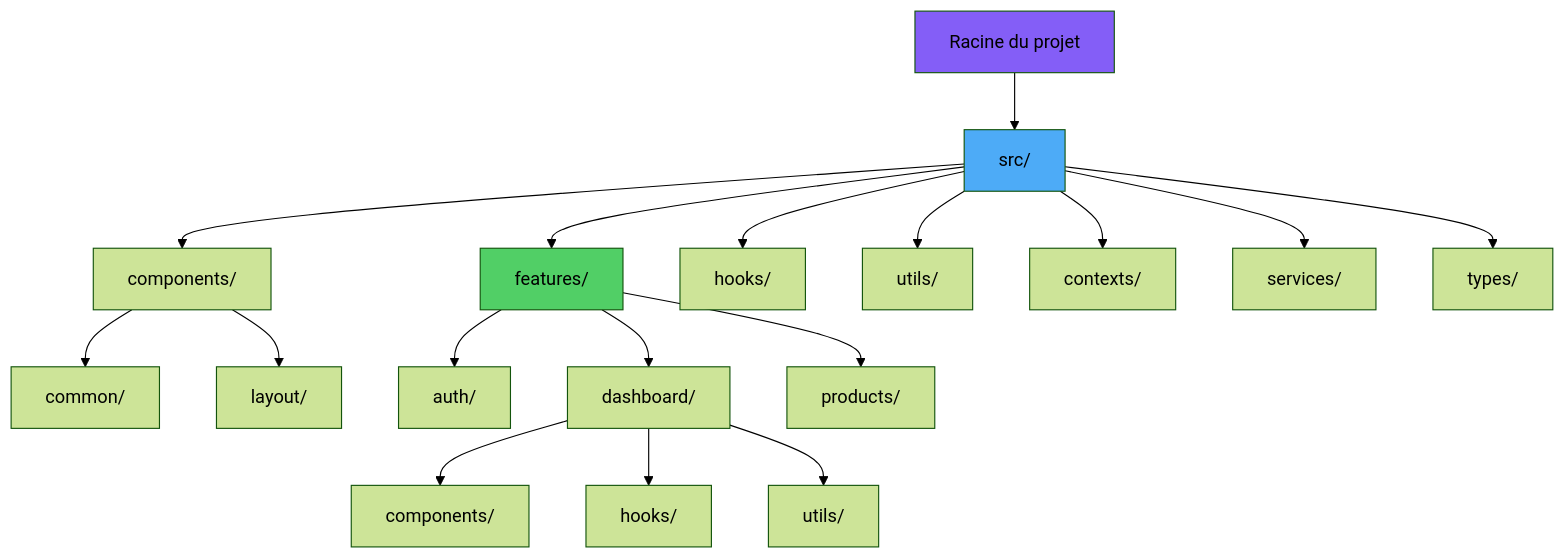
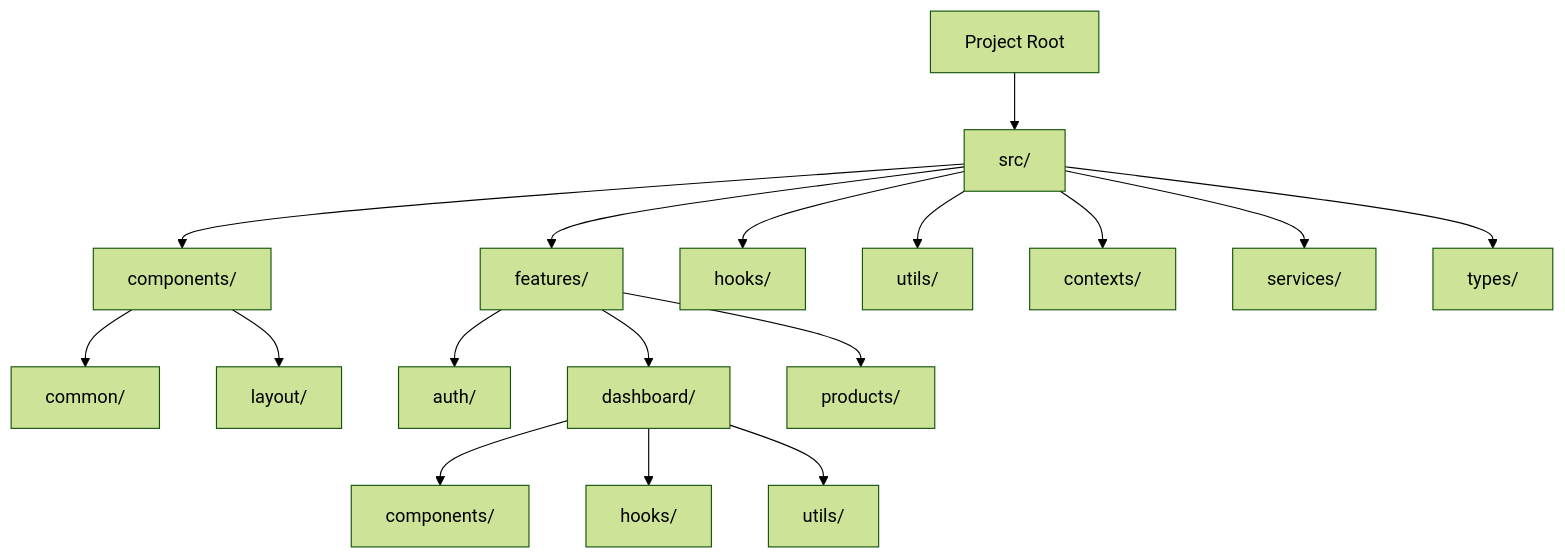
The sixth of 12 diagrams in arguments/chapters/fr/03-component-patterns-best-practices.md (BabaScience/react-guides), drawn with Mermaid (forest theme) before and after one commit. The commit also changed other lines of this file and 29 other files, not shown here.

First line of the commit message:
Bring React FR/IT translations to full English parity + theme-safe diagrams

````diff
--- a/arguments/chapters/fr/03-component-patterns-best-practices.md
+++ b/arguments/chapters/fr/03-component-patterns-best-practices.md
@@ -199,26 +802,23 @@
 ```mermaid
 graph TD
-    A[Racine du projet] --> B[src/]
+    A[Project Root] --> B[src/]
     B --> C[components/]
     B --> D[features/]
     B --> E[hooks/]
     B --> F[utils/]
     B --> G[contexts/]
     B --> H[services/]
     B --> I[types/]
     
     C --> C1[common/]
     C --> C2[layout/]
     
     D --> D1[auth/]
     D --> D2[dashboard/]
     D --> D3[products/]
     
     D2 --> D2A[components/]
     D2 --> D2B[hooks/]
     D2 --> D2C[utils/]
     
-    style A fill:#845ef7
-    style B fill:#4dabf7
-    style D fill:#51cf66
 ```
````
